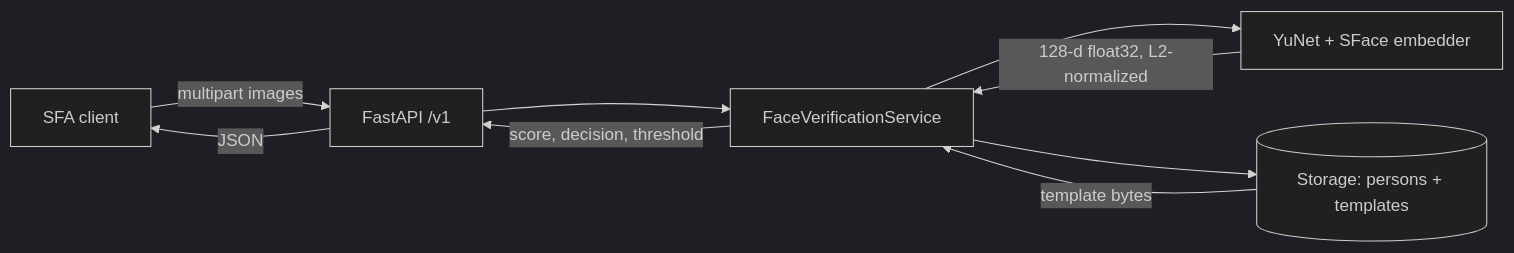
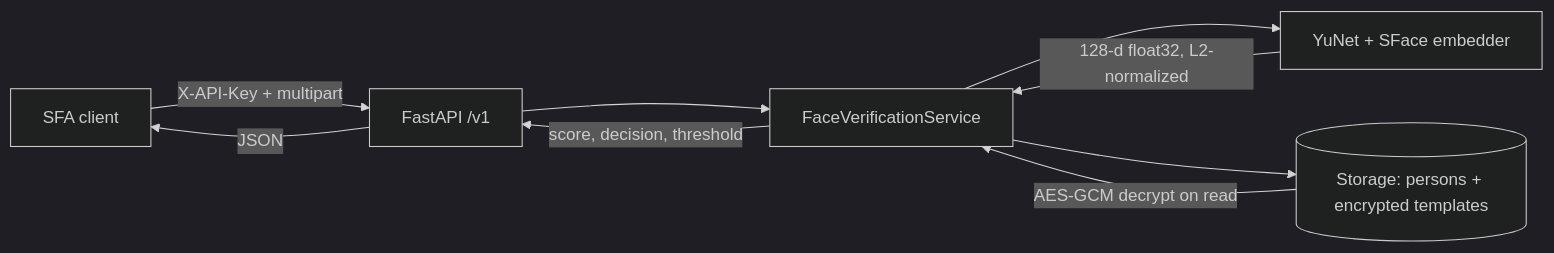
Before and after one commit to imam-db/facecheck: the diagram in README.md, drawn with Mermaid (dark theme). The commit also changed other lines of this file and 1 other file, not shown here.

````diff
--- a/README.md
+++ b/README.md
@@ -49,11 +55,11 @@
 ```mermaid
 flowchart LR
-    client[SFA client] -->|multipart images| api[FastAPI /v1]
+    client[SFA client] -->|X-API-Key + multipart| api[FastAPI /v1]
     api --> service[FaceVerificationService]
     service --> embedder[YuNet + SFace embedder]
     embedder -->|128-d float32, L2-normalized| service
-    service --> storage[(Storage: persons + templates)]
-    storage -->|template bytes| service
+    service --> storage[(Storage: persons + encrypted templates)]
+    storage -->|AES-GCM decrypt on read| service
     service -->|score, decision, threshold| api
     api -->|JSON| client
 ```
````
